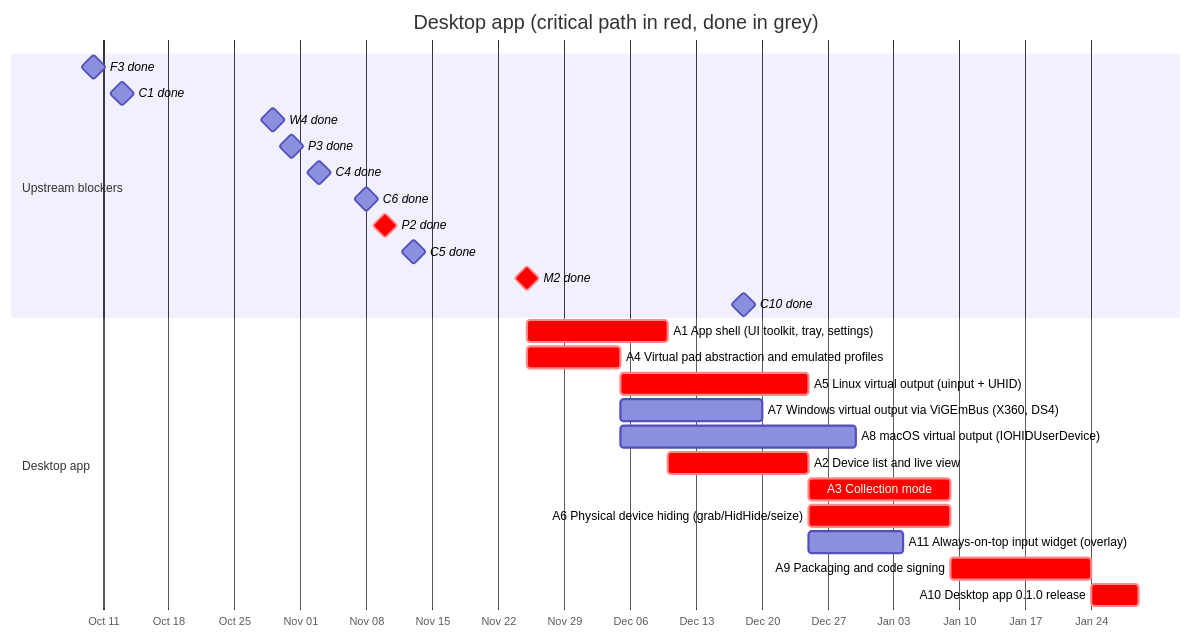
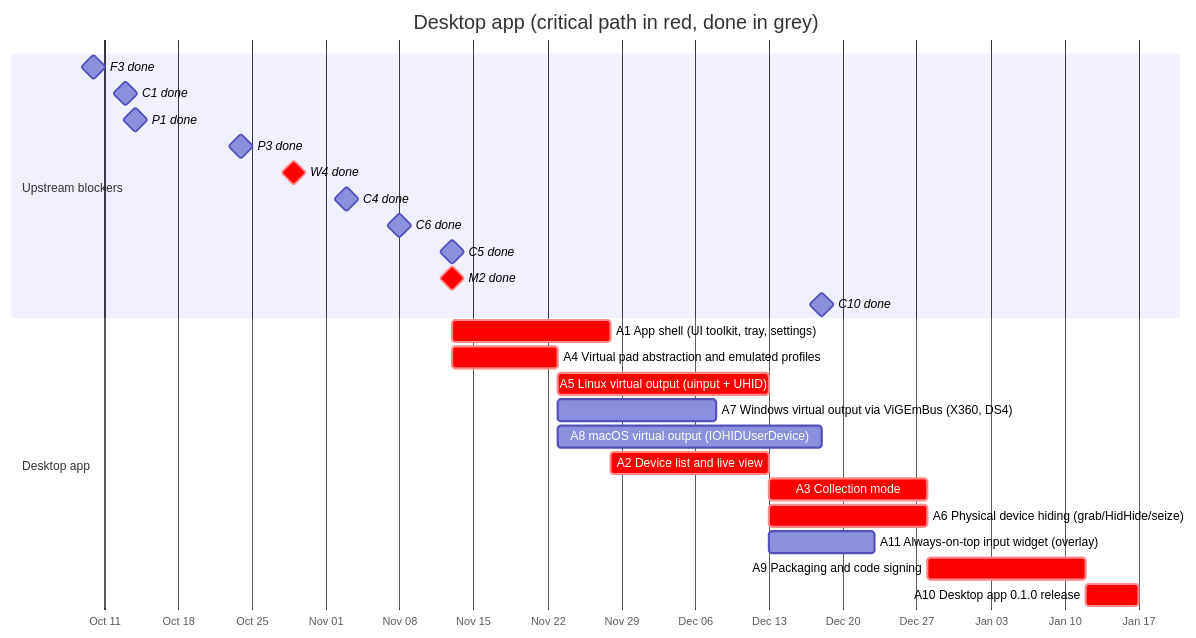
The diagram in ROADMAP/2026-10-14/05-desktop-app.md (anygamepad/anygamepad.github.io), drawn with Mermaid before and after one commit. The commit also changed other lines of this file and 7 other files, not shown here.

First line of the commit message:
Roadmap 2026-10-14: re-plan around ADR 0007, P1 done

````diff
--- a/ROADMAP/2026-10-14/05-desktop-app.md
+++ b/ROADMAP/2026-10-14/05-desktop-app.md
@@ -17,29 +18,29 @@
 ```mermaid
 gantt
     dateFormat YYYY-MM-DD
     axisFormat %b %d
     title Desktop app (critical path in red, done in grey)
     section Upstream blockers
     F3 done :milestone, f3, 2026-10-10, 0d
     C1 done :milestone, c1, 2026-10-13, 0d
-    W4 done :milestone, w4, 2026-10-29, 0d
-    P3 done :milestone, p3, 2026-10-31, 0d
+    P1 done :milestone, p1, 2026-10-14, 0d
+    P3 done :milestone, p3, 2026-10-24, 0d
+    W4 done :milestone, crit, w4, 2026-10-29, 0d
     C4 done :milestone, c4, 2026-11-03, 0d
     C6 done :milestone, c6, 2026-11-08, 0d
-    P2 done :milestone, crit, p2, 2026-11-10, 0d
     C5 done :milestone, c5, 2026-11-13, 0d
-    M2 done :milestone, crit, m2, 2026-11-25, 0d
+    M2 done :milestone, crit, m2, 2026-11-13, 0d
     C10 done :milestone, c10, 2026-12-18, 0d
     section Desktop app
     A1 App shell (UI toolkit, tray, settings) :crit, a1, after f3 m2, 15d
     A4 Virtual pad abstraction and emulated profiles :crit, a4, after c1 m2, 10d
     A5 Linux virtual output (uinput + UHID) :crit, a5, after a4 c4, 20d
     A7 Windows virtual output via ViGEmBus (X360, DS4) :a7, after a4 c5, 15d
     A8 macOS virtual output (IOHIDUserDevice) :a8, after a4 c6, 25d
     A2 Device list and live view :crit, a2, after a1 c4, 15d
-    A3 Collection mode :crit, a3, after a2 w4 p2 p3, 15d
+    A3 Collection mode :crit, a3, after a2 w4 p1 p3, 15d
     A6 Physical device hiding (grab/HidHide/seize) :crit, a6, after a5 c5 c6, 15d
     A11 Always-on-top input widget (overlay) :a11, after a2, 10d
     A9 Packaging and code signing :crit, a9, after a3 a6 a7 a8 a11, 15d
     A10 Desktop app 0.1.0 release :crit, a10, after a9 c10, 5d
 ```
````
